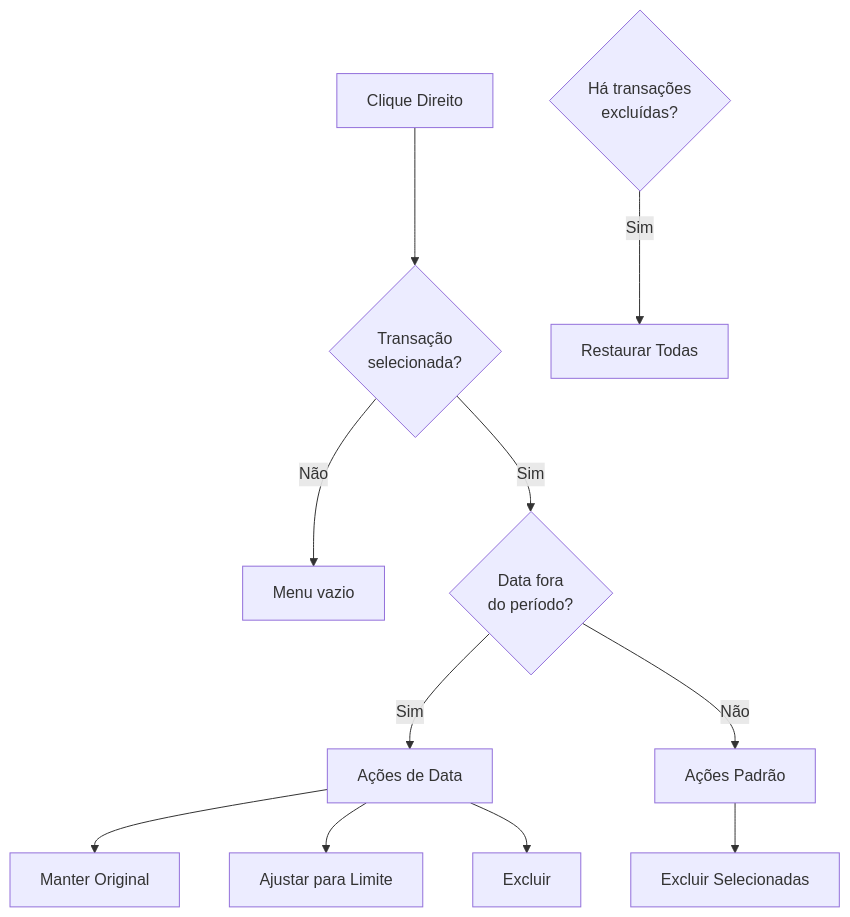
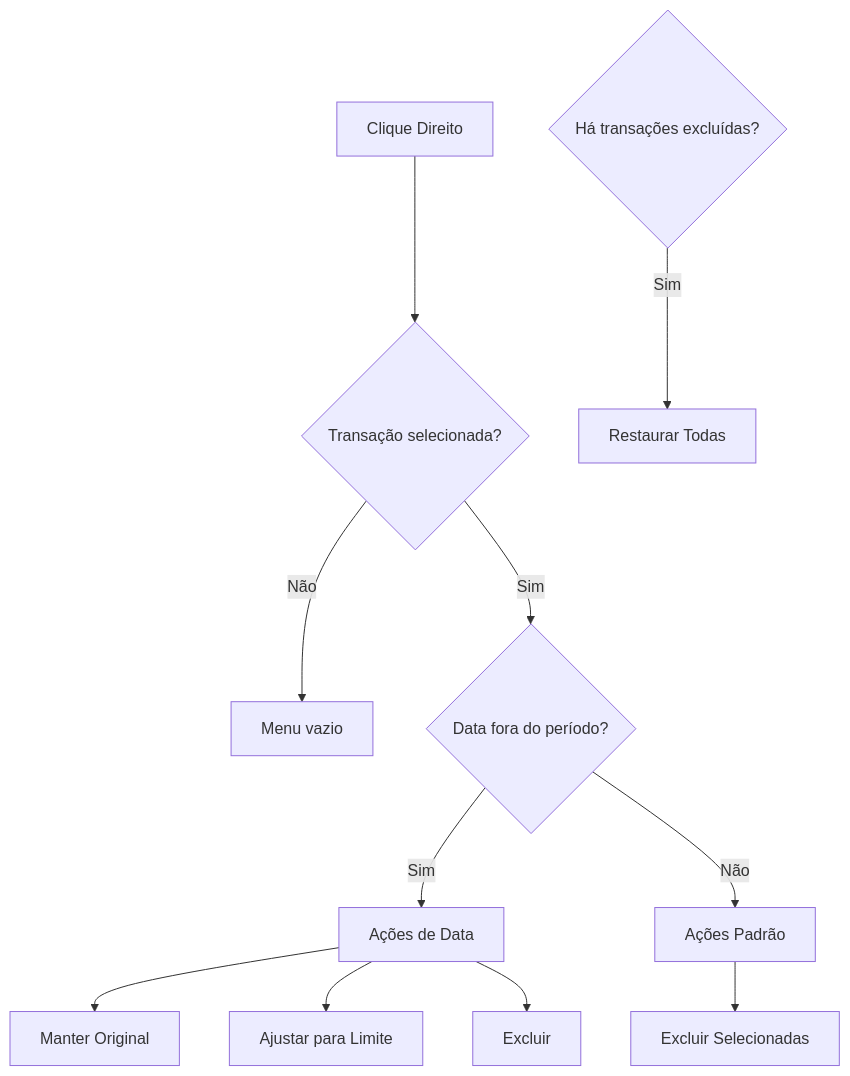
Before and after one commit to andrebarsotti/csv-to-ofx-converter: the second of 2 diagrams in docs/pt-BR/classes/TransactionManager.md, drawn with Mermaid. The commit also changed 13 other files, not shown here.

Commit message:
fix: Remove unsupported br tags from Mermaid diagrams for GitHub rendering

````diff
--- a/docs/pt-BR/classes/TransactionManager.md
+++ b/docs/pt-BR/classes/TransactionManager.md
@@ -72,17 +72,17 @@
 ```mermaid
 flowchart TD
-    A[Clique Direito] --> B{Transação<br/>selecionada?}
+    A[Clique Direito] --> B{Transação selecionada?}
     B -->|Não| C[Menu vazio]
-    B -->|Sim| D{Data fora<br/>do período?}
+    B -->|Sim| D{Data fora do período?}
     
     D -->|Sim| E[Ações de Data]
     E --> E1[Manter Original]
     E --> E2[Ajustar para Limite]
     E --> E3[Excluir]
     
     D -->|Não| F[Ações Padrão]
     F --> F1[Excluir Selecionadas]
     
-    G{Há transações<br/>excluídas?}
+    G{Há transações excluídas?}
     G -->|Sim| H[Restaurar Todas]
 ```
````
